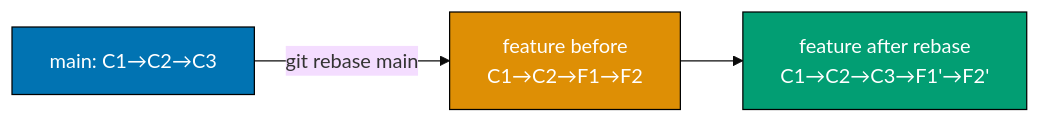
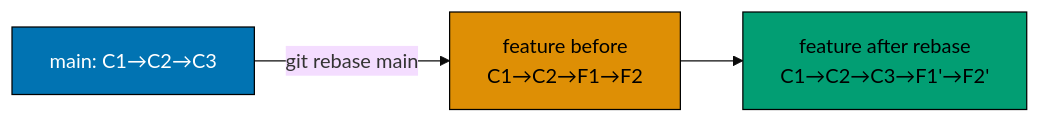
One commit to wahidyankf/ose-public changed the second of 10 diagrams in apps/ayokoding-www/content/en/learn/legacy/software-engineering/automation-tools/git/by-example/intermediate.md. Above: the diagram before and after it, drawn with Mermaid (base theme). The commit also changed other lines of this file and 131 other files, not shown here.

First line of the commit message:
fix(mermaid): bring the legacy data, infrastructure, and testing diagrams onto the accessible palette

````diff
--- a/apps/ayokoding-www/content/en/learn/legacy/software-engineering/automation-tools/git/by-example/intermediate.md
+++ b/apps/ayokoding-www/content/en/learn/legacy/software-engineering/automation-tools/git/by-example/intermediate.md
@@ -131,14 +138,20 @@
 ```mermaid
 %% Color Palette: Blue #0173B2, Orange #DE8F05, Teal #029E73, Purple #CC78BC, Brown #CA9161
 graph LR
+    accTitle: Example 31: git rebase
+    accDescr: Graph with 3 nodes and 2 connections. Nodes: main: C1→C2→C3, feature before C1→C2→F1→F2, feature after rebase C1→C2→C3→F1→F2. Connections: main: C1→C2→C3 to feature before C1→C2→F1→F2 (git rebase main), feature before C1→C2→F1→F2 to feature after rebase C1→C2→C3→F1→F2.
     A["main: C1→C2→C3"]
     B["feature before<br/>C1→C2→F1→F2"]
     C["feature after rebase<br/>C1→C2→C3→F1'→F2'"]
 
     A -->|git rebase main| B
     B --> C
 
-    style A fill:#0173B2,stroke:#000,color:#fff
-    style B fill:#DE8F05,stroke:#000,color:#fff
-    style C fill:#029E73,stroke:#000,color:#fff
+    classDef pal-0173B2 fill:#0173B2,stroke:#000000,color:#FFFFFF
+    class A pal-0173B2
+    classDef pal-DE8F05 fill:#DE8F05,stroke:#000000,color:#000000
+    class B pal-DE8F05
+    classDef pal-029E73 fill:#029E73,stroke:#000000,color:#000000
+    class C pal-029E73
+    classDef default fill:#FFFFFF,stroke:#000000,color:#000000
 ```
````
